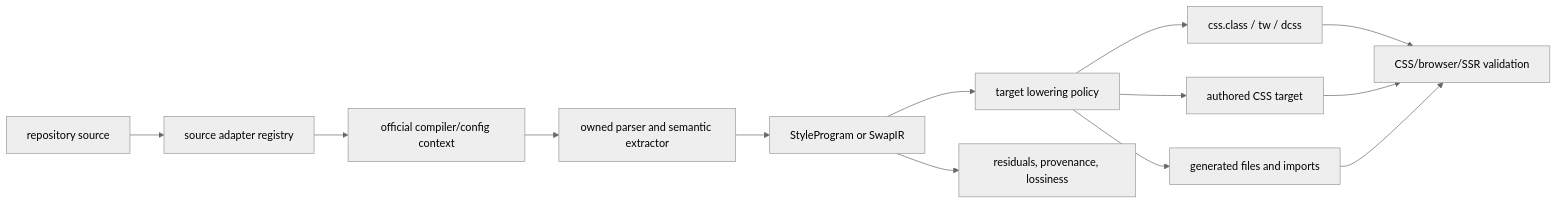
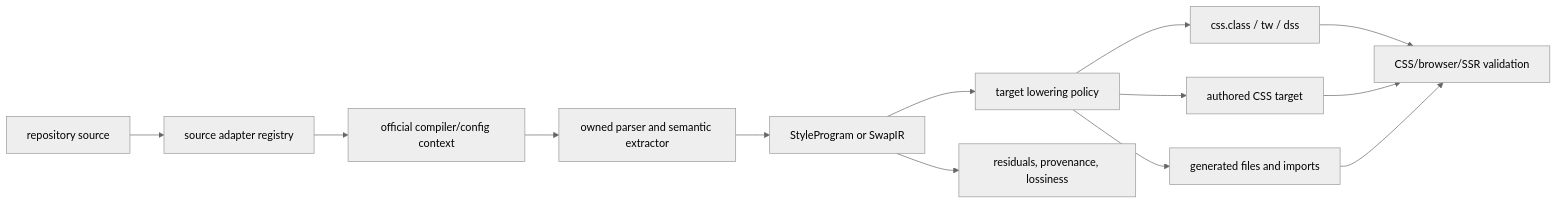
The first of 2 diagrams in plans/055-non-css-in-js-source-adapters.md (astahmer/yumcss), drawn with Mermaid (neutral theme) before and after one commit. The commit also changed other lines of this file and 75 other files, not shown here.

Commit message:
refactor: name design CSS instances dss

````diff
--- a/plans/055-non-css-in-js-source-adapters.md
+++ b/plans/055-non-css-in-js-source-adapters.md
@@ -109,15 +109,15 @@
 ```mermaid
 flowchart LR
   SOURCE[repository source] --> DETECT[source adapter registry]
   DETECT --> CONTEXT[official compiler/config context]
   CONTEXT --> PARSE[owned parser and semantic extractor]
   PARSE --> IR[StyleProgram or SwapIR]
   IR --> LOWER[target lowering policy]
-  LOWER --> WEB[css.class / tw / dcss]
+  LOWER --> WEB[css.class / tw / dss]
   LOWER --> CSS[authored CSS target]
   LOWER --> ART[generated files and imports]
   IR --> REPORT[residuals, provenance, lossiness]
   WEB --> PROOF[CSS/browser/SSR validation]
   CSS --> PROOF
   ART --> PROOF
 ```
````
